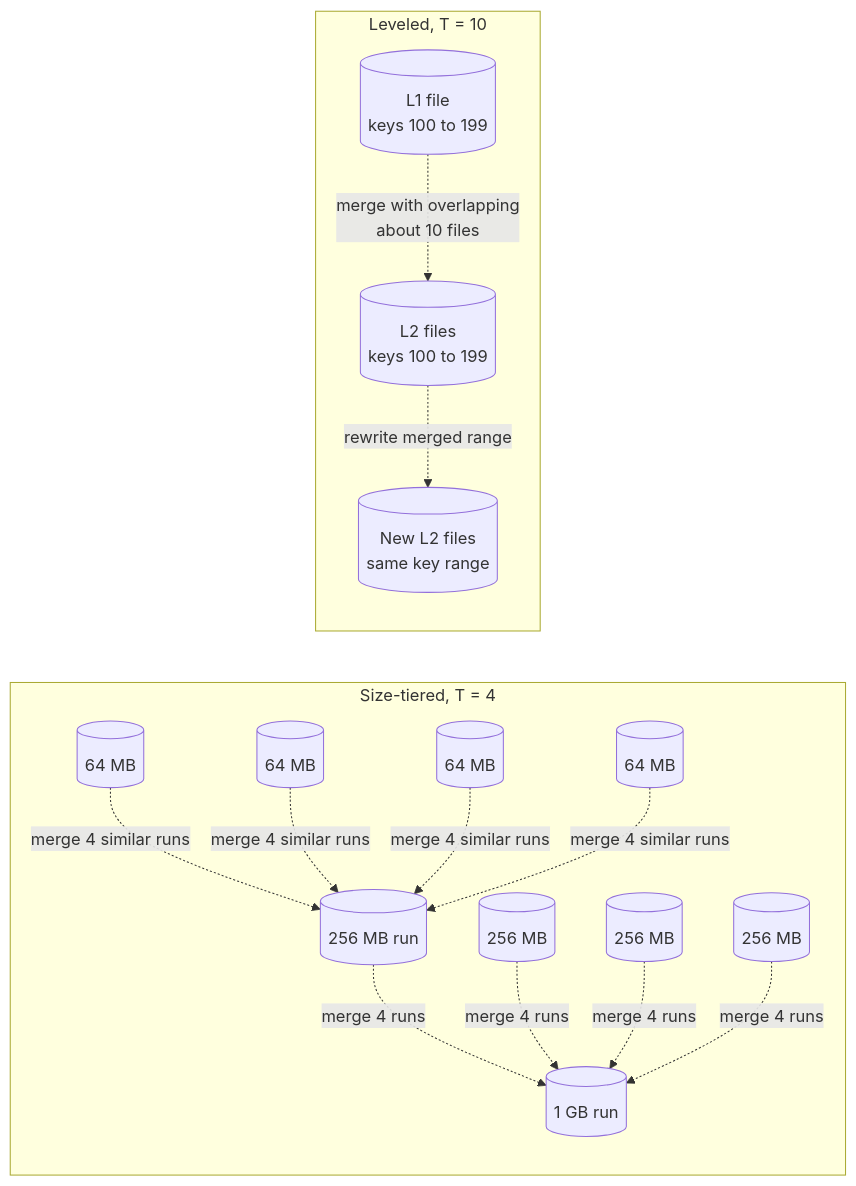
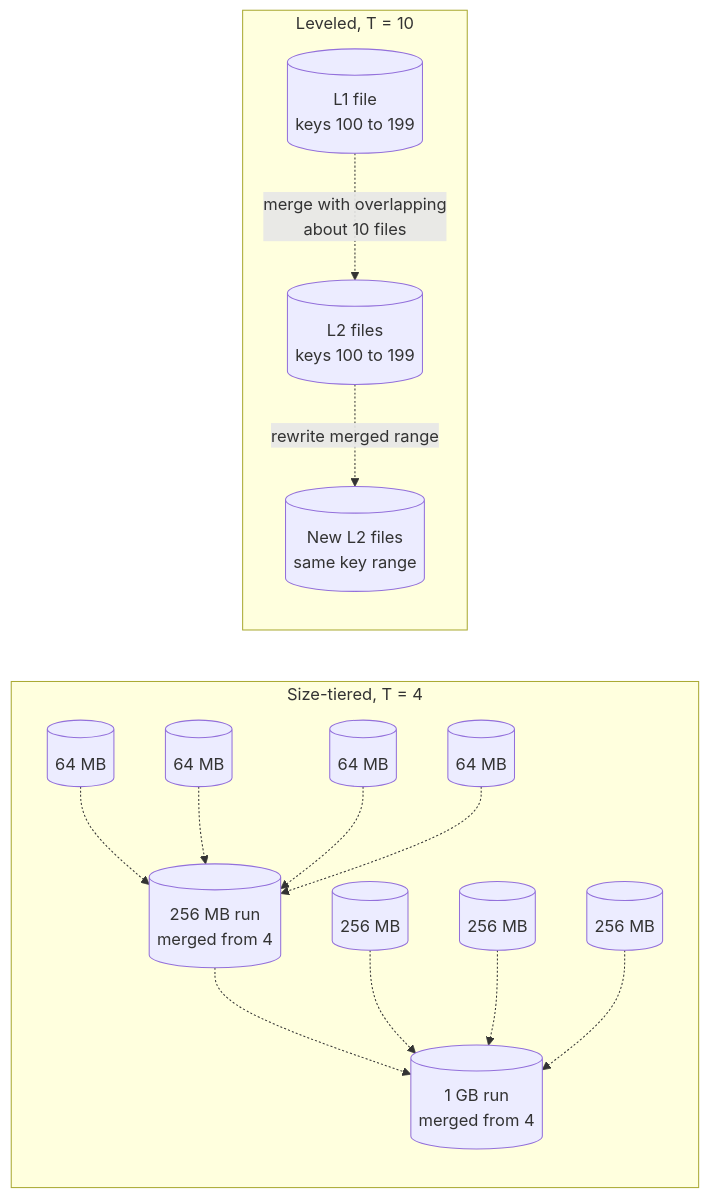
Before and after one commit to Sampath1-1-1/System-Design: the diagram in diagrams/ch13/fig-13-09.mmd, drawn with Mermaid. The commit also changed 51 other files, not shown here.

```diff
--- a/diagrams/ch13/fig-13-09.mmd
+++ b/diagrams/ch13/fig-13-09.mmd
@@ -1,12 +1,12 @@
 %% Figure 13.9 — Size-tiered versus leveled compaction
 flowchart LR
   subgraph TIER["Size-tiered, T = 4"]
     direction TB
-    A1[(64 MB)] & A2[(64 MB)] & A3[(64 MB)] & A4[(64 MB)] -.->|merge 4 similar runs| B1[(256 MB run)]
-    B1 & B2[(256 MB)] & B3[(256 MB)] & B4[(256 MB)] -.->|merge 4 runs| C1[(1 GB run)]
+    A1[(64 MB)] & A2[(64 MB)] & A3[(64 MB)] & A4[(64 MB)] -.-> B1[(256 MB run<br/>merged from 4)]
+    B1 & B2[(256 MB)] & B3[(256 MB)] & B4[(256 MB)] -.-> C1[(1 GB run<br/>merged from 4)]
   end
   subgraph LEVEL["Leveled, T = 10"]
     direction TB
     X1[(L1 file<br/>keys 100 to 199)] -.->|merge with overlapping<br/>about 10 files| Y1[(L2 files<br/>keys 100 to 199)]
     Y1 -.->|rewrite merged range| Y2[(New L2 files<br/>same key range)]
   end
```
